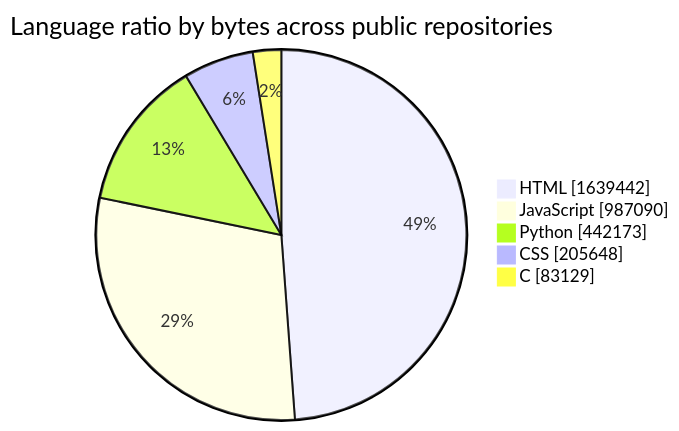
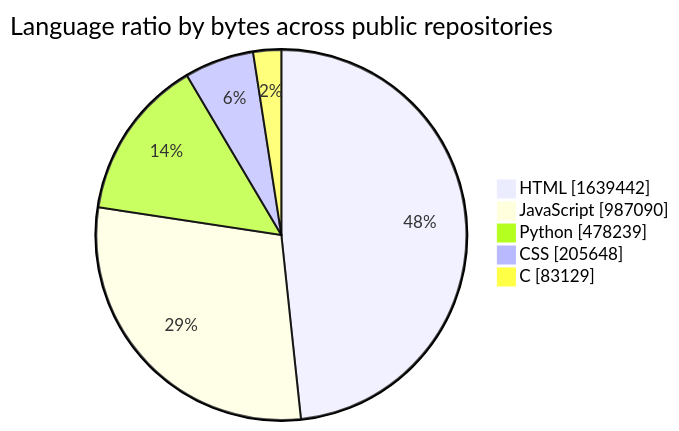
Before and after one commit to tchinso/tchinso: the first of 2 diagrams in README.md, drawn with Mermaid. The commit also changed other lines of this file, not shown here.

````diff
--- a/README.md
+++ b/README.md
@@ -24,9 +24,9 @@
 ```mermaid
 pie showData
     title Language ratio by bytes across public repositories
     "HTML" : 1639442
     "JavaScript" : 987090
-    "Python" : 442173
+    "Python" : 478239
     "CSS" : 205648
     "C" : 83129
 ```
````
